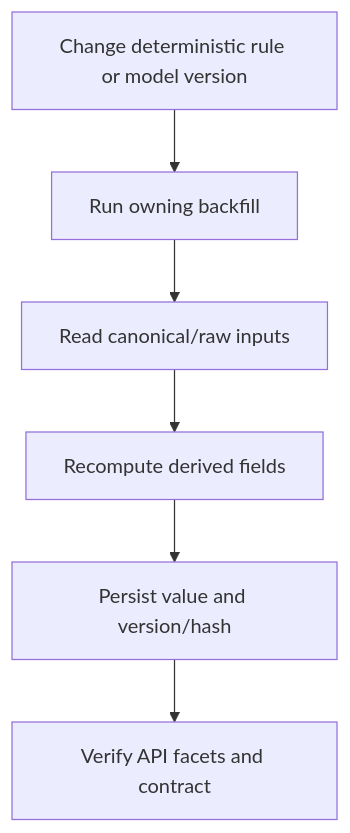
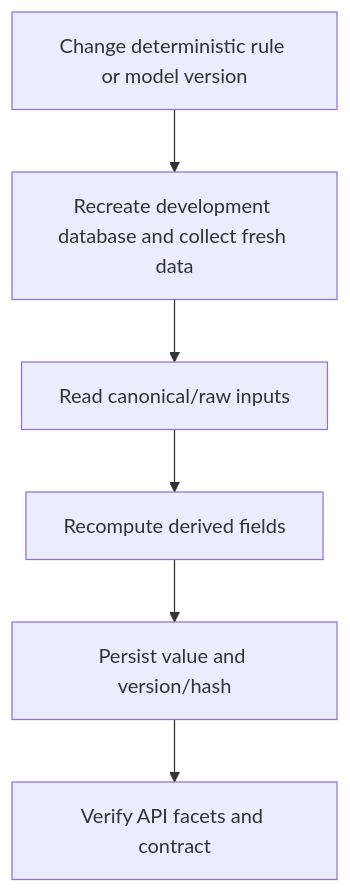
Before and after one commit to KaiusJin/WeCanFindIntern: the second of 2 diagrams in docs/modules/domain-normalization.md, drawn with Mermaid. The commit also changed other lines of this file and 9 other files, not shown here.

````diff
--- a/docs/modules/domain-normalization.md
+++ b/docs/modules/domain-normalization.md
@@ -113,8 +112,8 @@
 ```mermaid
 flowchart TD
-    A[Change deterministic rule or model version] --> B[Run owning backfill]
+    A[Change deterministic rule or model version] --> B[Recreate development database and collect fresh data]
     B --> C[Read canonical/raw inputs]
     C --> D[Recompute derived fields]
     D --> E[Persist value and version/hash]
     E --> F[Verify API facets and contract]
 ```
````
